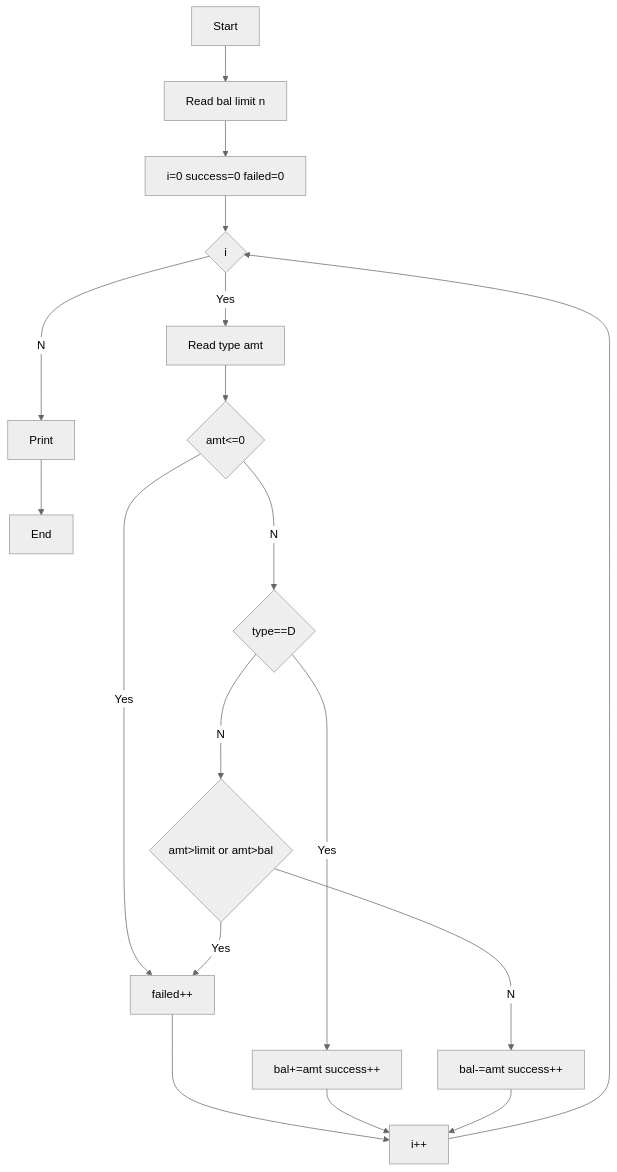
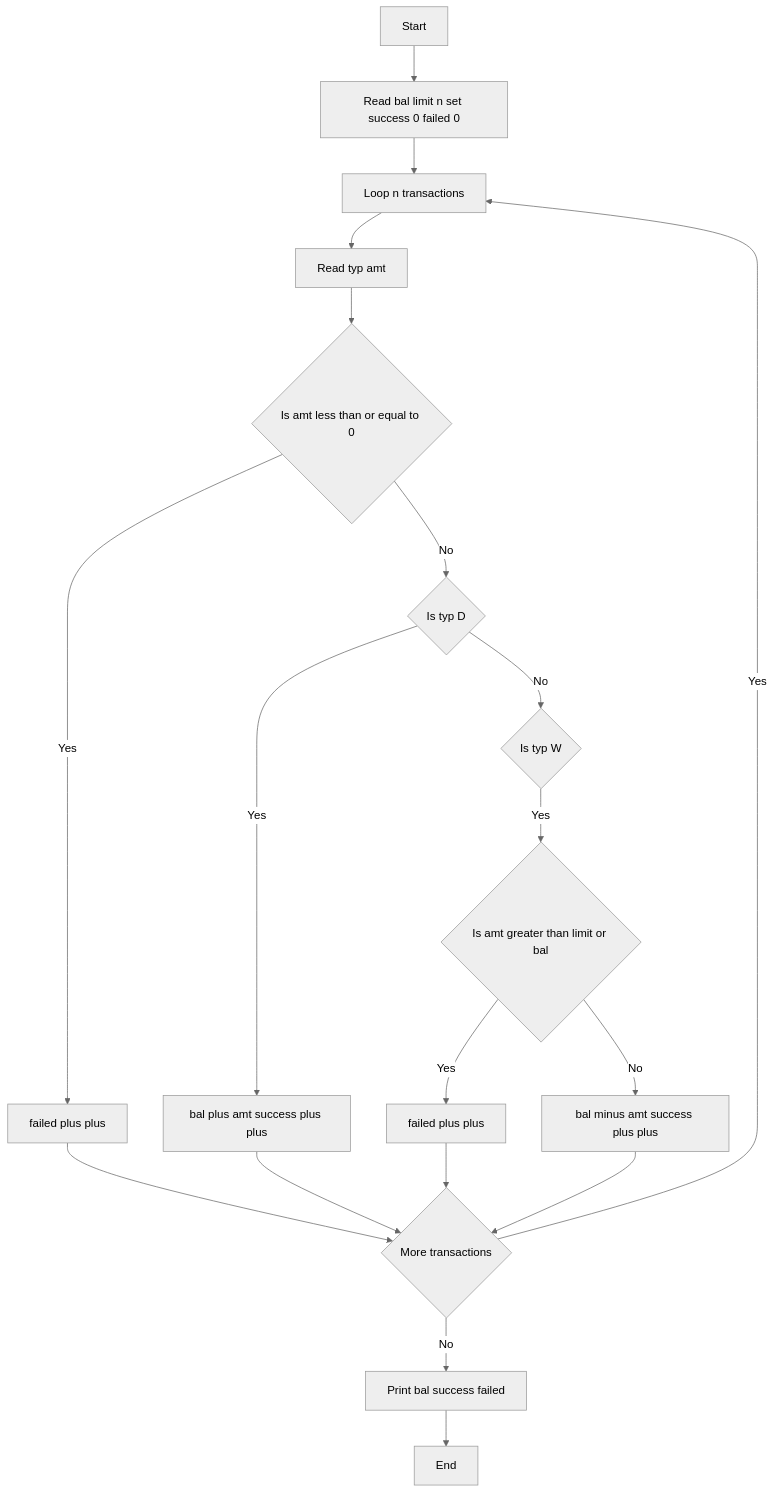
Before and after one commit to bhanusritirumala709-source/python-activity-Based-learning: the diagram in task2/code.md, drawn with Mermaid (neutral theme). The commit also changed other lines of this file, not shown here.

````diff
--- a/task2/code.md
+++ b/task2/code.md
@@ -10,21 +27,21 @@
 ```mermaid
 flowchart TD
-    A[Start]-->B[Read bal limit n]
-    B-->C[i=0 success=0 failed=0]
-    C-->D{i<n}
-    D--Yes-->E[Read type amt]
-    E-->F{amt<=0}
-    F--Yes-->G[failed++]
-    F--No-->H{type==D}
-    H--Yes-->I[bal+=amt success++]
-    H--No-->J{amt>limit or amt>bal}
-    J--Yes-->G
-    J--No-->K[bal-=amt success++]
-    G-->L[i++]
-    I-->L
-    K-->L
-    L-->D
-    D--No-->M[Print]
-    M-->N[End]
-
+    A[Start] --> B[Read bal limit n set success 0 failed 0]
+    B --> C[Loop n transactions]
+    C --> D[Read typ amt]
+    D --> E{Is amt less than or equal to 0}
+    E -- Yes --> F[failed plus plus]
+    E -- No --> G{Is typ D}
+    G -- Yes --> H[bal plus amt success plus plus]
+    G -- No --> I{Is typ W}
+    I -- Yes --> J{Is amt greater than limit or bal}
+    J -- Yes --> K[failed plus plus]
+    J -- No --> L[bal minus amt success plus plus]
+    F --> M{More transactions}
+    H --> M
+    K --> M
+    L --> M
+    M -- Yes --> C
+    M -- No --> N[Print bal success failed]
+    N --> O[End]
 ```
````
